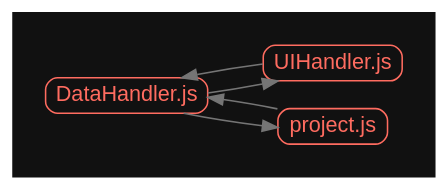
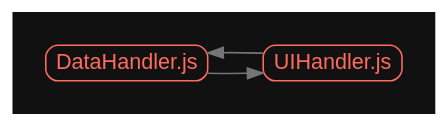
The diagram in graph.gv (Kauboimausu/odin-todo-list), drawn with Graphviz before and after one commit. The commit also changed 4 other files, not shown here.

```diff
--- a/graph.gv
+++ b/graph.gv
@@ -1,38 +1,31 @@
 digraph G {
-	graph [bb="0,0,231,64",
+	graph [bb="0,0,231,23",
 		bgcolor="#111111",
 		layout=dot,
 		overlap=false,
 		pad=0.3,
 		rankdir=LR
 	];
 	node [color="#c6c5fe",
 		fontcolor="#c6c5fe",
 		fontname=Arial,
 		fontsize="14px",
 		height=0,
 		label="\N",
 		shape=box,
 		style=rounded
 	];
 	edge [color="#757575"];
 	"DataHandler.js"	[color="#ff6c60",
 		fontcolor="#ff6c60",
 		height=0.31944,
-		pos="52.5,31.5",
+		pos="52.5,11.5",
 		width=1.4583];
 	"UIHandler.js"	[color="#ff6c60",
 		fontcolor="#ff6c60",
 		height=0.31944,
-		pos="186,52.5",
+		pos="186,11.5",
 		width=1.25];
-	"DataHandler.js" -> "UIHandler.js"	[pos="e,150.56,40.982 105.09,33.13 116.77,34.76 129.08,36.785 140.44,38.955"];
-	"project.js"	[color="#ff6c60",
-		fontcolor="#ff6c60",
-		height=0.31944,
-		pos="186,11.5",
-		width=0.98611];
-	"DataHandler.js" -> "project.js"	[pos="e,150.47,10.729 89.433,19.944 105.18,16.803 123.81,13.856 140.43,11.85"];
-	"UIHandler.js" -> "DataHandler.js"	[pos="e,88.05,43.041 140.77,51.854 127.07,50.104 111.97,47.698 98.239,45.078"];
-	"project.js" -> "DataHandler.js"	[pos="e,105.09,30.262 150.17,22.835 139.38,25.012 127.16,27.104 115.13,28.865"];
+	"DataHandler.js" -> "UIHandler.js"	[pos="e,140.79,5.0829 105.09,4.891 113.48,4.7215 122.2,4.7048 130.65,4.841"];
+	"UIHandler.js" -> "DataHandler.js"	[pos="e,105.09,18.109 140.79,17.917 132.56,18.18 123.81,18.288 115.17,18.238"];
 }
```
